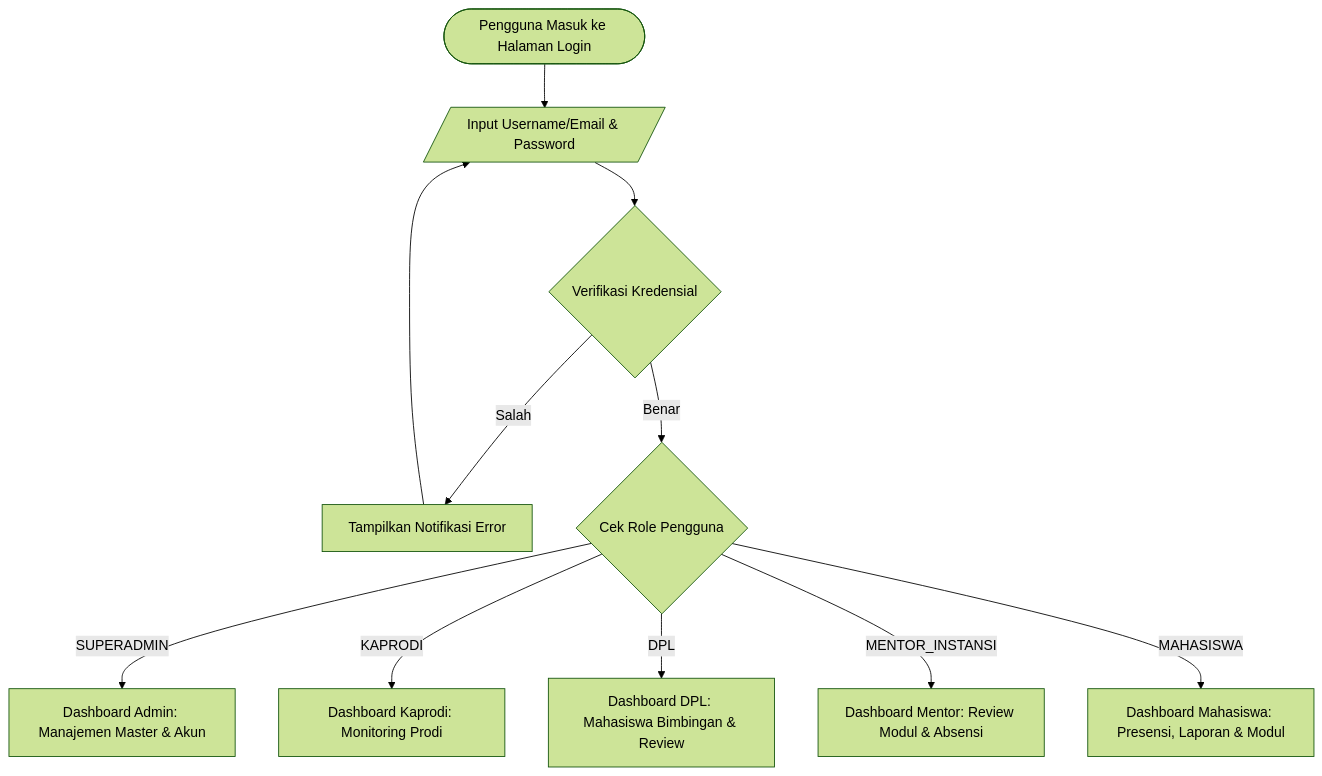
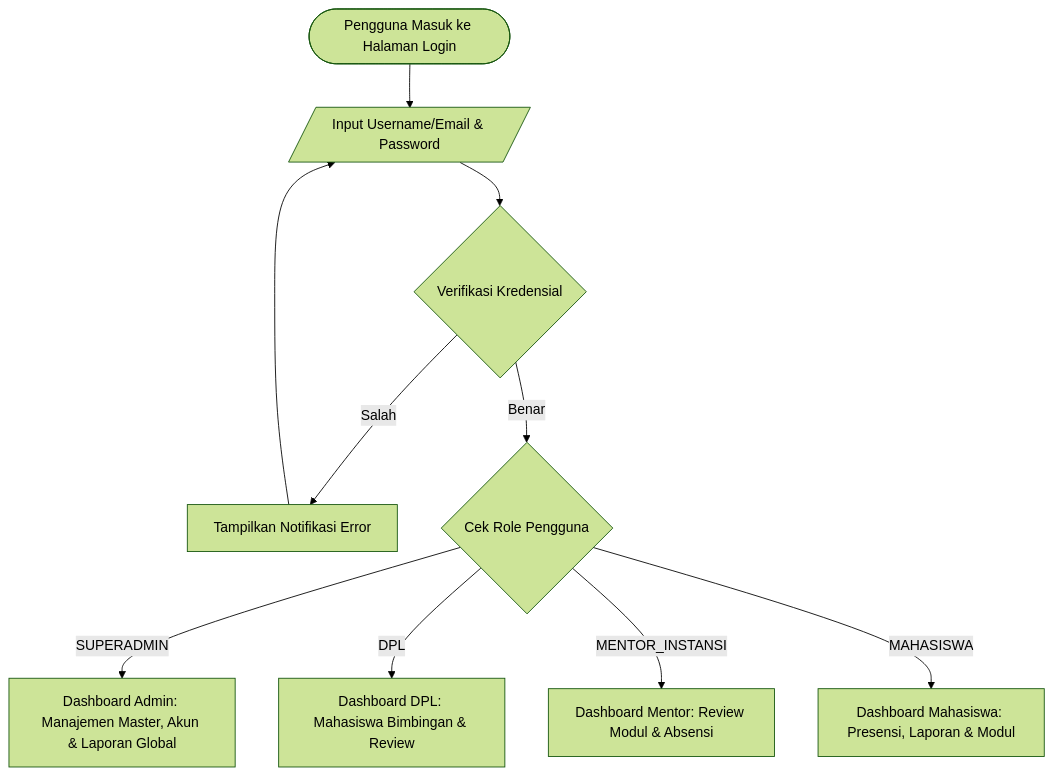
One commit to Heat4Cliff/simag-bmkg-web changed the second of 5 diagrams in README.md. Above: the diagram before and after it, drawn with Mermaid (forest theme). The commit also changed other lines of this file and 9 other files, not shown here.

Commit message:
refactor: remove KAPRODI role and streamline Superadmin menus to executive administration

````diff
--- a/README.md
+++ b/README.md
@@ -76,14 +75,13 @@
 ```mermaid
 flowchart TD
     Start([Pengguna Masuk ke Halaman Login]) --> InputCreds[/Input Username/Email & Password/]
     InputCreds --> ValidateAuth{Verifikasi Kredensial}
     ValidateAuth -- Salah --> ErrorMsg[Tampilkan Notifikasi Error]
     ErrorMsg --> InputCreds
     ValidateAuth -- Benar --> CheckRole{Cek Role Pengguna}
     
-    CheckRole -- SUPERADMIN --> SuperDashboard[Dashboard Admin: Manajemen Master & Akun]
-    CheckRole -- KAPRODI --> KaprodiDashboard[Dashboard Kaprodi: Monitoring Prodi]
+    CheckRole -- SUPERADMIN --> SuperDashboard[Dashboard Admin: Manajemen Master, Akun & Laporan Global]
     CheckRole -- DPL --> DplDashboard[Dashboard DPL: Mahasiswa Bimbingan & Review]
     CheckRole -- MENTOR_INSTANSI --> MentorDashboard[Dashboard Mentor: Review Modul & Absensi]
     CheckRole -- MAHASISWA --> MhsDashboard[Dashboard Mahasiswa: Presensi, Laporan & Modul]
 ```
````
